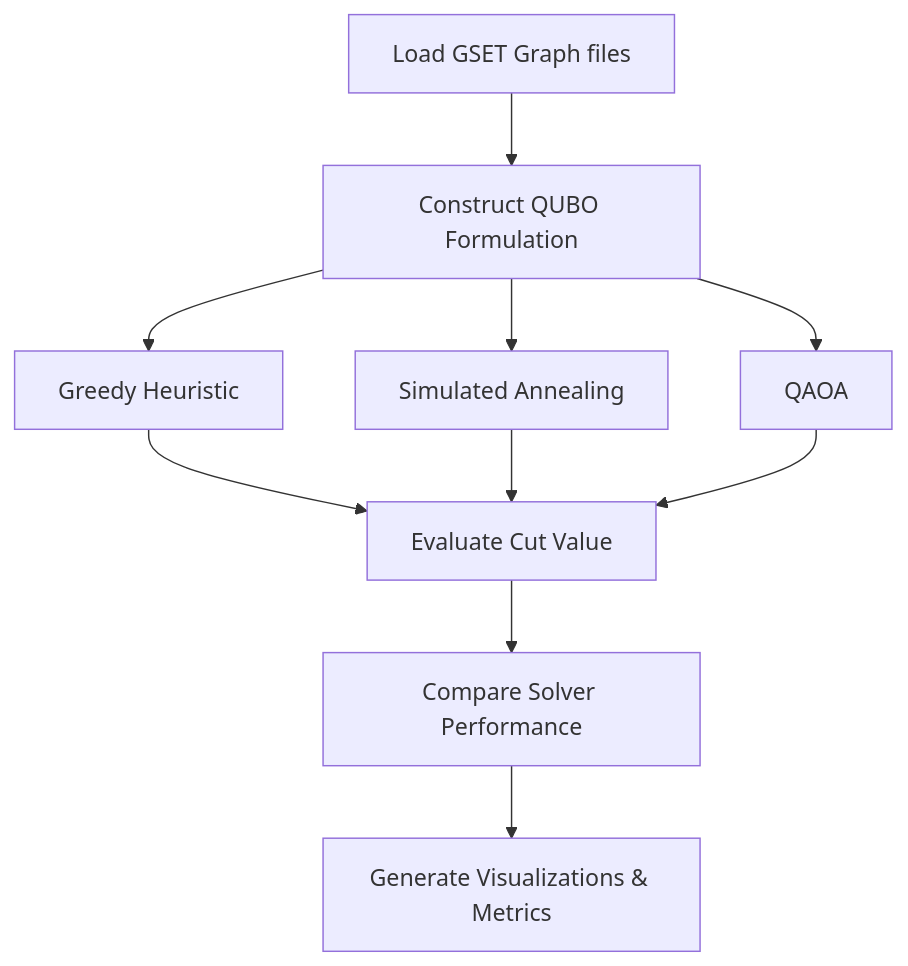
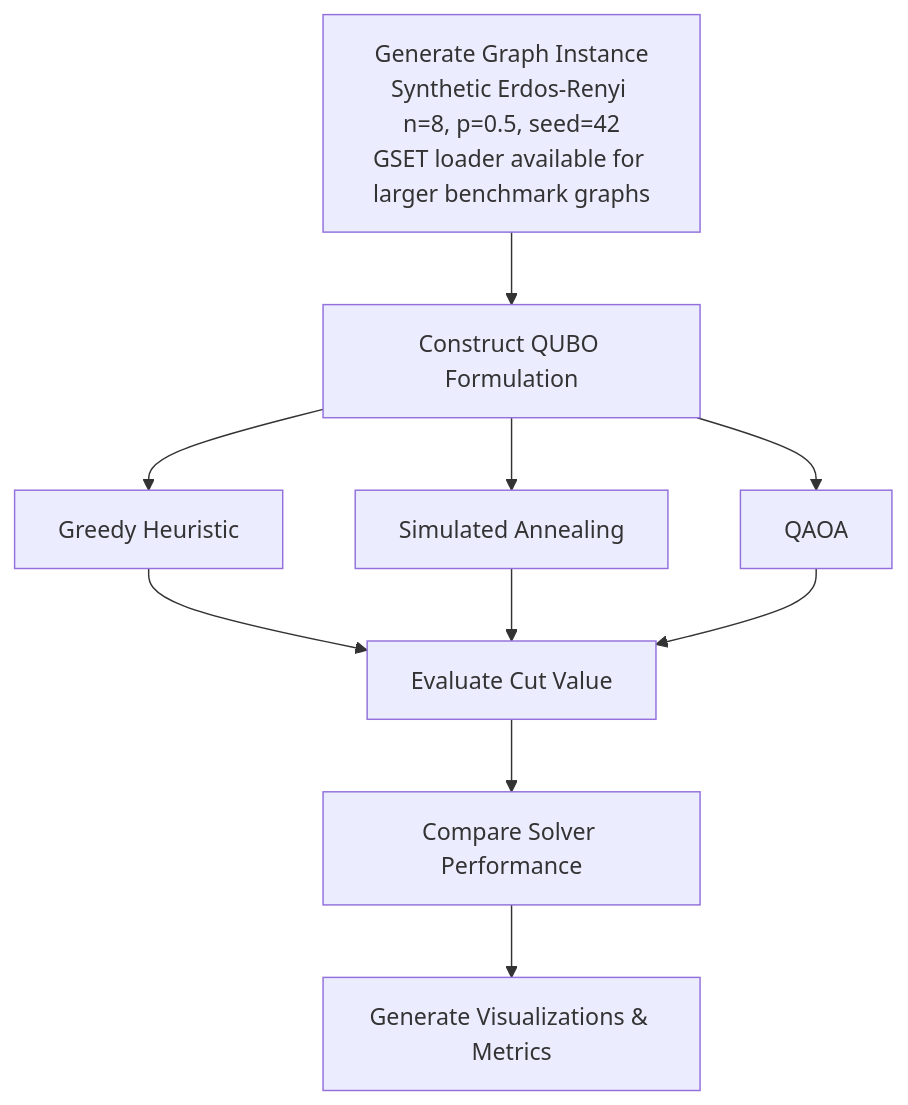
Before and after one commit to Prashik123/Qaig_optimization_screening: the second of 3 diagrams in README.md, drawn with Mermaid. The commit also changed other lines of this file, not shown here.

````diff
--- a/README.md
+++ b/README.md
@@ -151,19 +151,19 @@
 ```mermaid
 flowchart TD
 
-A[Load GSET Graph files]
+A[Generate Graph Instance<br/>Synthetic Erdos-Renyi n=8, p=0.5, seed=42<br/>GSET loader available for larger benchmark graphs]
 
 A --> B[Construct QUBO Formulation]
 
 B --> C1[Greedy Heuristic]
 B --> C2[Simulated Annealing]
 B --> C3[QAOA]
 
 C1 --> D[Evaluate Cut Value]
 C2 --> D
 C3 --> D
 
 D --> E[Compare Solver Performance]
 
 E --> F[Generate Visualizations & Metrics]
 ```
````
